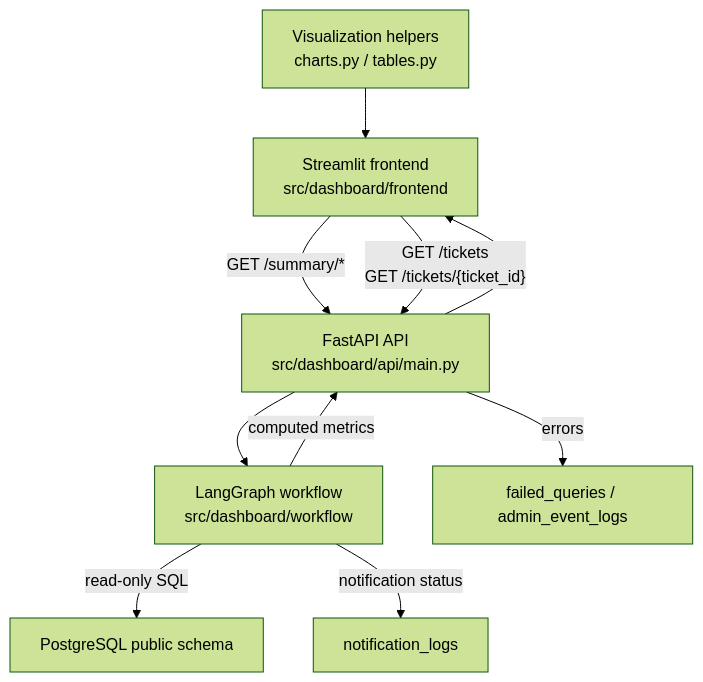
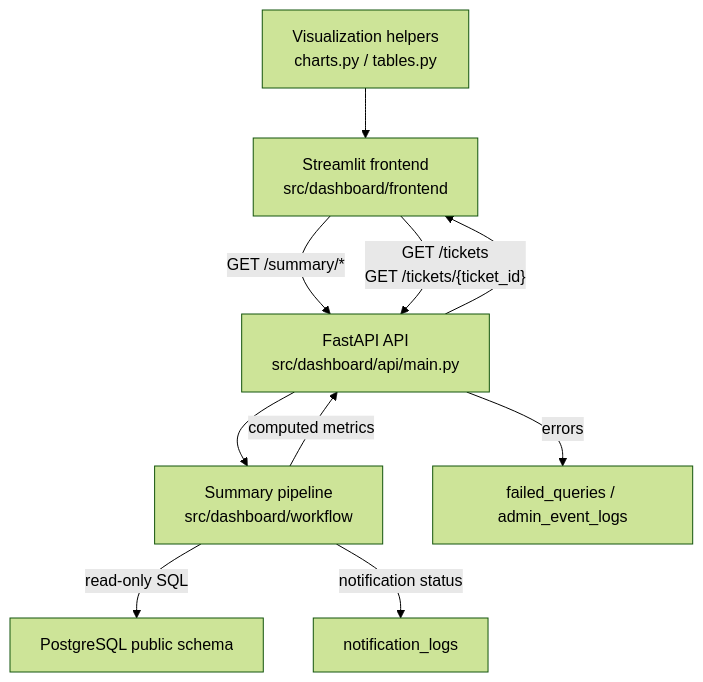
The first of 4 diagrams in docs/dashboard/architecture.md (SKNETWORKS-FAMILY-AICAMP/SKN25-FINAL-6Team), drawn with Mermaid (forest theme) before and after one commit. The commit also changed other lines of this file and 31 other files, not shown here.

````diff
--- a/docs/dashboard/architecture.md
+++ b/docs/dashboard/architecture.md
@@ -54,20 +54,20 @@
 ```mermaid
 flowchart TB
     UI["Streamlit frontend<br/>src/dashboard/frontend"]
     API["FastAPI API<br/>src/dashboard/api/main.py"]
-    WF["LangGraph workflow<br/>src/dashboard/workflow"]
+    WF["Summary pipeline<br/>src/dashboard/workflow"]
     VIS["Visualization helpers<br/>charts.py / tables.py"]
     DB["PostgreSQL public schema"]
     LOG["failed_queries / admin_event_logs"]
     NOTI["notification_logs"]
 
     UI -->|"GET /summary/*"| API
     UI -->|"GET /tickets<br/>GET /tickets/{ticket_id}"| API
     API --> WF
     WF -->|"read-only SQL"| DB
     WF -->|"computed metrics"| API
     API --> UI
     VIS --> UI
     API -->|"errors"| LOG
     WF -->|"notification status"| NOTI
 ```
````
